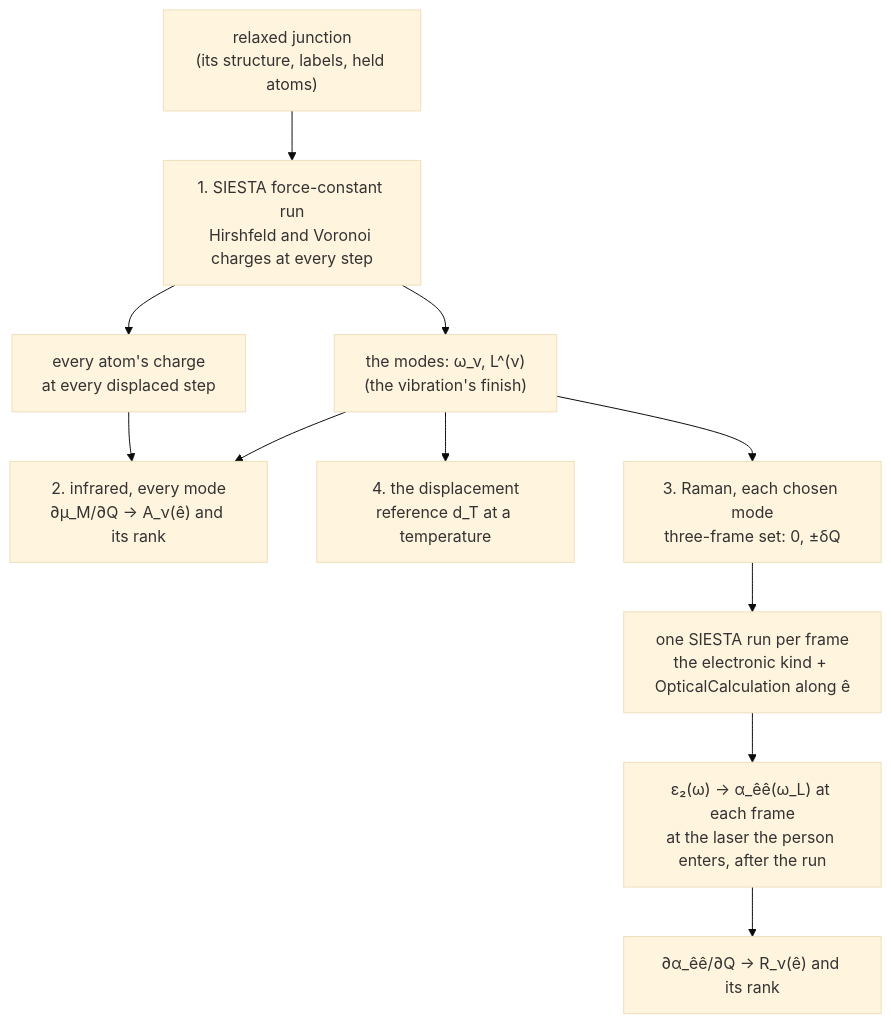
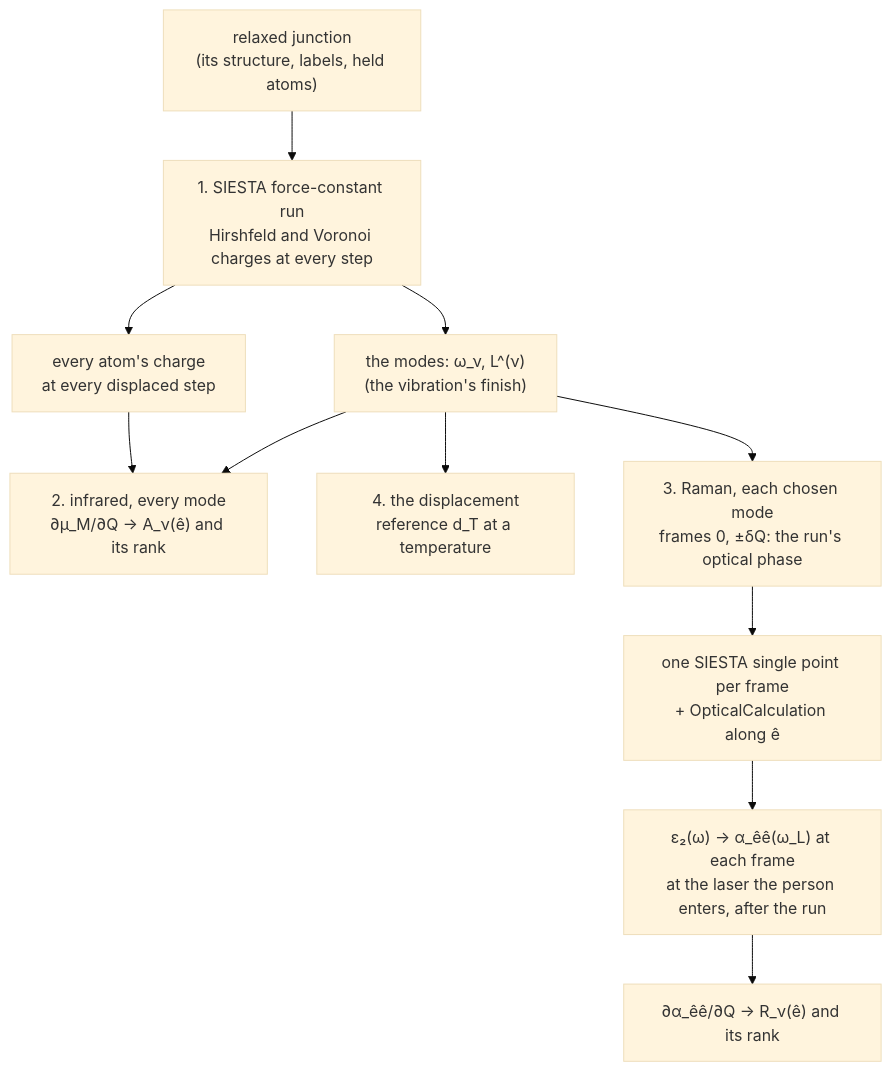
The first of 3 diagrams in docs/science/vibrational-optical-response.md (Qing-LAB/molbuilder), drawn with Mermaid (base theme) before and after one commit. The commit also changed other lines of this file and 55 other files, not shown here.

````diff
--- a/docs/science/vibrational-optical-response.md
+++ b/docs/science/vibrational-optical-response.md
@@ -77,13 +77,13 @@
 ```mermaid
 flowchart TD
     J["relaxed junction<br/>(its structure, labels, held atoms)"] --> FC["1. SIESTA force-constant run<br/>Hirshfeld and Voronoi charges at every step"]
     FC --> MODES["the modes: ω_ν, L^(ν)<br/>(the vibration's finish)"]
     FC --> QS["every atom's charge<br/>at every displaced step"]
     QS --> IR["2. infrared, every mode<br/>∂μ_M/∂Q → A_ν(ê) and its rank"]
     MODES --> IR
     MODES --> DISP["4. the displacement<br/>reference d_T at a temperature"]
-    MODES --> FR["3. Raman, each chosen mode<br/>three-frame set: 0, ±δQ"]
-    FR --> EL["one SIESTA run per frame<br/>the electronic kind + OpticalCalculation along ê"]
+    MODES --> FR["3. Raman, each chosen mode<br/>frames 0, ±δQ: the run's optical phase"]
+    FR --> EL["one SIESTA single point per frame<br/>+ OpticalCalculation along ê"]
     EL --> AL["ε₂(ω) → α_êê(ω_L) at each frame<br/>at the laser the person enters, after the run"]
     AL --> RA["∂α_êê/∂Q → R_ν(ê) and its rank"]
 ```
````
